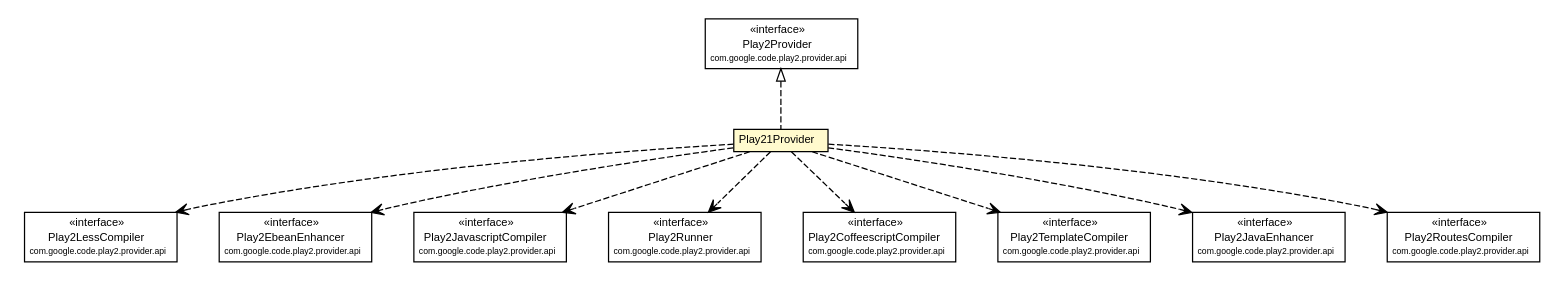
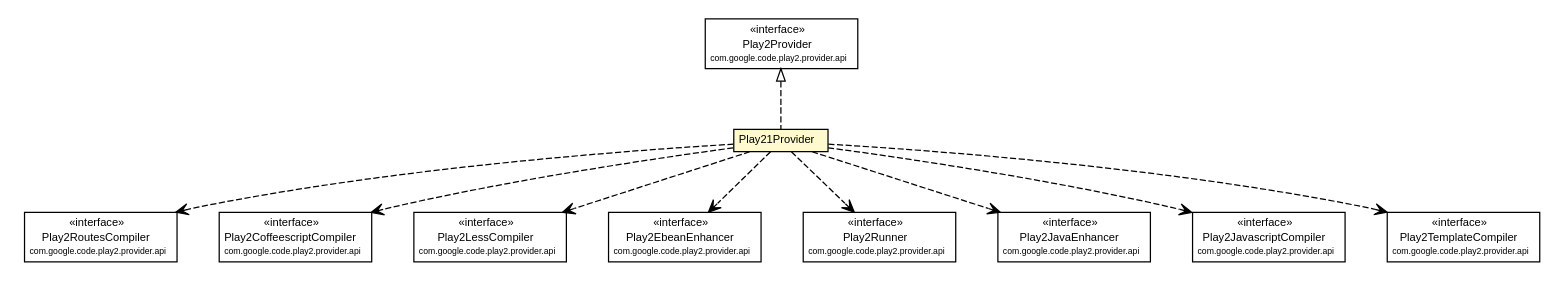
The diagram in play2-maven-plugin/1.0.0-beta7-SNAPSHOT/play2-providers/play2-provider-play21/apidocs/com/google/code/play2/provider/play21/Play21Provider.dot (play2-maven-plugin/play2-maven-plugin.github.io), drawn with Graphviz before and after one commit. The commit also changed 499 other files, not shown here.

```diff
--- a/play2-maven-plugin/1.0.0-beta7-SNAPSHOT/play2-providers/play2-provider-play21/apidocs/com/google/code/play2/provider/play21/Play21Provider.dot
+++ b/play2-maven-plugin/1.0.0-beta7-SNAPSHOT/play2-providers/play2-provider-play21/apidocs/com/google/code/play2/provider/play21/Play21Provider.dot
@@ -1,108 +1,108 @@
 #!/usr/local/bin/dot
 #
 # Class diagram 
 # Generated by UMLGraph version R5_6-24-gf6e263 (http://www.umlgraph.org/)
 #
 
 digraph G {
 	edge [fontname="arial",fontsize=10,labelfontname="arial",labelfontsize=10];
 	node [fontname="arial",fontsize=10,shape=plaintext];
 	nodesep=0.25;
 	ranksep=0.5;
 	// com.google.code.play2.provider.play21.Play21Provider
 	c186 [label=<<table title="com.google.code.play2.provider.play21.Play21Provider" border="0" cellborder="1" cellspacing="0" cellpadding="2" port="p" bgcolor="lemonChiffon" href="./Play21Provider.html">
 		<tr><td><table border="0" cellspacing="0" cellpadding="1">
 <tr><td align="center" balign="center"> Play21Provider </td></tr>
 		</table></td></tr>
 		</table>>, URL="./Play21Provider.html", fontname="arial", fontcolor="black", fontsize=9.0];
 	//com.google.code.play2.provider.play21.Play21Provider implements com.google.code.play2.provider.api.Play2Provider
 	c195:p -> c186:p [dir=back,arrowtail=empty,style=dashed];
+	// com.google.code.play2.provider.play21.Play21Provider DEPEND com.google.code.play2.provider.api.Play2RoutesCompiler
+	c186:p -> c196:p [taillabel="", label="", headlabel="", fontname="arial", fontcolor="black", fontsize=10.0, color="black", arrowhead=open, style=dashed];
+	// com.google.code.play2.provider.play21.Play21Provider DEPEND com.google.code.play2.provider.api.Play2CoffeescriptCompiler
+	c186:p -> c197:p [taillabel="", label="", headlabel="", fontname="arial", fontcolor="black", fontsize=10.0, color="black", arrowhead=open, style=dashed];
 	// com.google.code.play2.provider.play21.Play21Provider DEPEND com.google.code.play2.provider.api.Play2LessCompiler
-	c186:p -> c196:p [taillabel="", label="", headlabel="", fontname="arial", fontcolor="black", fontsize=10.0, color="black", arrowhead=open, style=dashed];
+	c186:p -> c198:p [taillabel="", label="", headlabel="", fontname="arial", fontcolor="black", fontsize=10.0, color="black", arrowhead=open, style=dashed];
 	// com.google.code.play2.provider.play21.Play21Provider DEPEND com.google.code.play2.provider.api.Play2EbeanEnhancer
-	c186:p -> c197:p [taillabel="", label="", headlabel="", fontname="arial", fontcolor="black", fontsize=10.0, color="black", arrowhead=open, style=dashed];
+	c186:p -> c199:p [taillabel="", label="", headlabel="", fontname="arial", fontcolor="black", fontsize=10.0, color="black", arrowhead=open, style=dashed];
+	// com.google.code.play2.provider.play21.Play21Provider DEPEND com.google.code.play2.provider.api.Play2Runner
+	c186:p -> c200:p [taillabel="", label="", headlabel="", fontname="arial", fontcolor="black", fontsize=10.0, color="black", arrowhead=open, style=dashed];
+	// com.google.code.play2.provider.play21.Play21Provider DEPEND com.google.code.play2.provider.api.Play2JavaEnhancer
+	c186:p -> c201:p [taillabel="", label="", headlabel="", fontname="arial", fontcolor="black", fontsize=10.0, color="black", arrowhead=open, style=dashed];
 	// com.google.code.play2.provider.play21.Play21Provider DEPEND com.google.code.play2.provider.api.Play2JavascriptCompiler
-	c186:p -> c198:p [taillabel="", label="", headlabel="", fontname="arial", fontcolor="black", fontsize=10.0, color="black", arrowhead=open, style=dashed];
-	// com.google.code.play2.provider.play21.Play21Provider DEPEND com.google.code.play2.provider.api.Play2Runner
-	c186:p -> c199:p [taillabel="", label="", headlabel="", fontname="arial", fontcolor="black", fontsize=10.0, color="black", arrowhead=open, style=dashed];
-	// com.google.code.play2.provider.play21.Play21Provider DEPEND com.google.code.play2.provider.api.Play2CoffeescriptCompiler
-	c186:p -> c200:p [taillabel="", label="", headlabel="", fontname="arial", fontcolor="black", fontsize=10.0, color="black", arrowhead=open, style=dashed];
+	c186:p -> c202:p [taillabel="", label="", headlabel="", fontname="arial", fontcolor="black", fontsize=10.0, color="black", arrowhead=open, style=dashed];
 	// com.google.code.play2.provider.play21.Play21Provider DEPEND com.google.code.play2.provider.api.Play2TemplateCompiler
-	c186:p -> c201:p [taillabel="", label="", headlabel="", fontname="arial", fontcolor="black", fontsize=10.0, color="black", arrowhead=open, style=dashed];
-	// com.google.code.play2.provider.play21.Play21Provider DEPEND com.google.code.play2.provider.api.Play2JavaEnhancer
-	c186:p -> c202:p [taillabel="", label="", headlabel="", fontname="arial", fontcolor="black", fontsize=10.0, color="black", arrowhead=open, style=dashed];
-	// com.google.code.play2.provider.play21.Play21Provider DEPEND com.google.code.play2.provider.api.Play2RoutesCompiler
 	c186:p -> c203:p [taillabel="", label="", headlabel="", fontname="arial", fontcolor="black", fontsize=10.0, color="black", arrowhead=open, style=dashed];
 	// com.google.code.play2.provider.api.Play2Provider
 	c195 [label=<<table title="com.google.code.play2.provider.api.Play2Provider" border="0" cellborder="1" cellspacing="0" cellpadding="2" port="p">
 		<tr><td><table border="0" cellspacing="0" cellpadding="1">
 <tr><td align="center" balign="center"> &#171;interface&#187; </td></tr>
 <tr><td align="center" balign="center"> Play2Provider </td></tr>
 <tr><td align="center" balign="center"><font point-size="7.0"> com.google.code.play2.provider.api </font></td></tr>
 		</table></td></tr>
 		</table>>, URL="null", fontname="arial", fontcolor="black", fontsize=9.0];
 	// com.google.code.play2.provider.api.Play2RoutesCompiler
-	c203 [label=<<table title="com.google.code.play2.provider.api.Play2RoutesCompiler" border="0" cellborder="1" cellspacing="0" cellpadding="2" port="p">
+	c196 [label=<<table title="com.google.code.play2.provider.api.Play2RoutesCompiler" border="0" cellborder="1" cellspacing="0" cellpadding="2" port="p">
 		<tr><td><table border="0" cellspacing="0" cellpadding="1">
 <tr><td align="center" balign="center"> &#171;interface&#187; </td></tr>
 <tr><td align="center" balign="center"> Play2RoutesCompiler </td></tr>
 <tr><td align="center" balign="center"><font point-size="7.0"> com.google.code.play2.provider.api </font></td></tr>
 		</table></td></tr>
 		</table>>, URL="null", fontname="arial", fontcolor="black", fontsize=9.0];
 	// com.google.code.play2.provider.api.Play2LessCompiler
-	c196 [label=<<table title="com.google.code.play2.provider.api.Play2LessCompiler" border="0" cellborder="1" cellspacing="0" cellpadding="2" port="p">
+	c198 [label=<<table title="com.google.code.play2.provider.api.Play2LessCompiler" border="0" cellborder="1" cellspacing="0" cellpadding="2" port="p">
 		<tr><td><table border="0" cellspacing="0" cellpadding="1">
 <tr><td align="center" balign="center"> &#171;interface&#187; </td></tr>
 <tr><td align="center" balign="center"> Play2LessCompiler </td></tr>
 <tr><td align="center" balign="center"><font point-size="7.0"> com.google.code.play2.provider.api </font></td></tr>
 		</table></td></tr>
 		</table>>, URL="null", fontname="arial", fontcolor="black", fontsize=9.0];
 	// com.google.code.play2.provider.api.Play2TemplateCompiler
-	c201 [label=<<table title="com.google.code.play2.provider.api.Play2TemplateCompiler" border="0" cellborder="1" cellspacing="0" cellpadding="2" port="p">
+	c203 [label=<<table title="com.google.code.play2.provider.api.Play2TemplateCompiler" border="0" cellborder="1" cellspacing="0" cellpadding="2" port="p">
 		<tr><td><table border="0" cellspacing="0" cellpadding="1">
 <tr><td align="center" balign="center"> &#171;interface&#187; </td></tr>
 <tr><td align="center" balign="center"> Play2TemplateCompiler </td></tr>
 <tr><td align="center" balign="center"><font point-size="7.0"> com.google.code.play2.provider.api </font></td></tr>
 		</table></td></tr>
 		</table>>, URL="null", fontname="arial", fontcolor="black", fontsize=9.0];
 	// com.google.code.play2.provider.api.Play2CoffeescriptCompiler
-	c200 [label=<<table title="com.google.code.play2.provider.api.Play2CoffeescriptCompiler" border="0" cellborder="1" cellspacing="0" cellpadding="2" port="p">
+	c197 [label=<<table title="com.google.code.play2.provider.api.Play2CoffeescriptCompiler" border="0" cellborder="1" cellspacing="0" cellpadding="2" port="p">
 		<tr><td><table border="0" cellspacing="0" cellpadding="1">
 <tr><td align="center" balign="center"> &#171;interface&#187; </td></tr>
 <tr><td align="center" balign="center"> Play2CoffeescriptCompiler </td></tr>
 <tr><td align="center" balign="center"><font point-size="7.0"> com.google.code.play2.provider.api </font></td></tr>
 		</table></td></tr>
 		</table>>, URL="null", fontname="arial", fontcolor="black", fontsize=9.0];
 	// com.google.code.play2.provider.api.Play2EbeanEnhancer
-	c197 [label=<<table title="com.google.code.play2.provider.api.Play2EbeanEnhancer" border="0" cellborder="1" cellspacing="0" cellpadding="2" port="p">
+	c199 [label=<<table title="com.google.code.play2.provider.api.Play2EbeanEnhancer" border="0" cellborder="1" cellspacing="0" cellpadding="2" port="p">
 		<tr><td><table border="0" cellspacing="0" cellpadding="1">
 <tr><td align="center" balign="center"> &#171;interface&#187; </td></tr>
 <tr><td align="center" balign="center"> Play2EbeanEnhancer </td></tr>
 <tr><td align="center" balign="center"><font point-size="7.0"> com.google.code.play2.provider.api </font></td></tr>
 		</table></td></tr>
 		</table>>, URL="null", fontname="arial", fontcolor="black", fontsize=9.0];
 	// com.google.code.play2.provider.api.Play2JavascriptCompiler
-	c198 [label=<<table title="com.google.code.play2.provider.api.Play2JavascriptCompiler" border="0" cellborder="1" cellspacing="0" cellpadding="2" port="p">
+	c202 [label=<<table title="com.google.code.play2.provider.api.Play2JavascriptCompiler" border="0" cellborder="1" cellspacing="0" cellpadding="2" port="p">
 		<tr><td><table border="0" cellspacing="0" cellpadding="1">
 <tr><td align="center" balign="center"> &#171;interface&#187; </td></tr>
 <tr><td align="center" balign="center"> Play2JavascriptCompiler </td></tr>
 <tr><td align="center" balign="center"><font point-size="7.0"> com.google.code.play2.provider.api </font></td></tr>
 		</table></td></tr>
 		</table>>, URL="null", fontname="arial", fontcolor="black", fontsize=9.0];
 	// com.google.code.play2.provider.api.Play2JavaEnhancer
-	c202 [label=<<table title="com.google.code.play2.provider.api.Play2JavaEnhancer" border="0" cellborder="1" cellspacing="0" cellpadding="2" port="p">
+	c201 [label=<<table title="com.google.code.play2.provider.api.Play2JavaEnhancer" border="0" cellborder="1" cellspacing="0" cellpadding="2" port="p">
 		<tr><td><table border="0" cellspacing="0" cellpadding="1">
 <tr><td align="center" balign="center"> &#171;interface&#187; </td></tr>
 <tr><td align="center" balign="center"> Play2JavaEnhancer </td></tr>
 <tr><td align="center" balign="center"><font point-size="7.0"> com.google.code.play2.provider.api </font></td></tr>
 		</table></td></tr>
 		</table>>, URL="null", fontname="arial", fontcolor="black", fontsize=9.0];
 	// com.google.code.play2.provider.api.Play2Runner
-	c199 [label=<<table title="com.google.code.play2.provider.api.Play2Runner" border="0" cellborder="1" cellspacing="0" cellpadding="2" port="p">
+	c200 [label=<<table title="com.google.code.play2.provider.api.Play2Runner" border="0" cellborder="1" cellspacing="0" cellpadding="2" port="p">
 		<tr><td><table border="0" cellspacing="0" cellpadding="1">
 <tr><td align="center" balign="center"> &#171;interface&#187; </td></tr>
 <tr><td align="center" balign="center"> Play2Runner </td></tr>
 <tr><td align="center" balign="center"><font point-size="7.0"> com.google.code.play2.provider.api </font></td></tr>
 		</table></td></tr>
 		</table>>, URL="null", fontname="arial", fontcolor="black", fontsize=9.0];
 }
```
